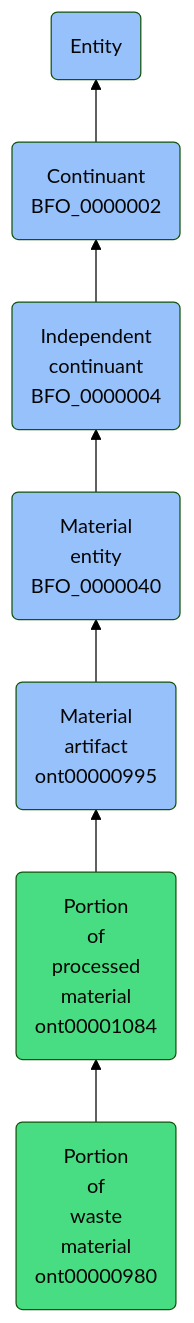
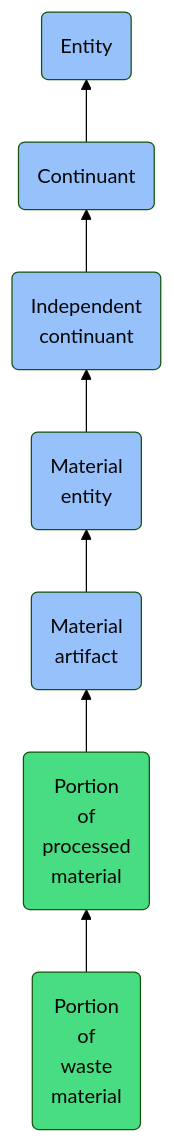
Before and after one commit to jupyter-naas/abi: the diagram in docs/ontology/reference/model/Entity/Continuant/Independent continuant/Material entity/Material artifact/Portion of processed material/Portion of waste material/Portion of waste material.md, drawn with Mermaid (forest theme). The commit also changed other lines of this file and 1430 other files, not shown here.

````diff
--- a/docs/ontology/reference/model/Entity/Continuant/Independent continuant/Material entity/Material artifact/Portion of processed material/Portion of waste material/Portion of waste material.md
+++ b/docs/ontology/reference/model/Entity/Continuant/Independent continuant/Material entity/Material artifact/Portion of processed material/Portion of waste material/Portion of waste material.md
@@ -24,14 +24,14 @@
 ```mermaid
 graph BT
-    ont00000980(Portion<br>of<br>waste<br>material<br>ont00000980):::ABI-->ont00001084
-    ont00001084(Portion<br>of<br>processed<br>material<br>ont00001084):::ABI-->ont00000995
-    ont00000995(Material<br>artifact<br>ont00000995):::BFO-->BFO_0000040
-    BFO_0000040(Material<br>entity<br>BFO_0000040):::BFO-->BFO_0000004
-    BFO_0000004(Independent<br>continuant<br>BFO_0000004):::BFO-->BFO_0000002
-    BFO_0000002(Continuant<br>BFO_0000002):::BFO-->BFO_0000001
+    ont00000980(Portion<br>of<br>waste<br>material):::ABI-->ont00001084
+    ont00001084(Portion<br>of<br>processed<br>material):::ABI-->ont00000995
+    ont00000995(Material<br>artifact):::BFO-->BFO_0000040
+    BFO_0000040(Material<br>entity):::BFO-->BFO_0000004
+    BFO_0000004(Independent<br>continuant):::BFO-->BFO_0000002
+    BFO_0000002(Continuant):::BFO-->BFO_0000001
     BFO_0000001(Entity):::BFO
     
     classDef BFO fill:#97c1fb,color:#060606
     classDef CCO fill:#e4c51e,color:#060606
     classDef ABI fill:#48DD82,color:#060606
 ```
````
